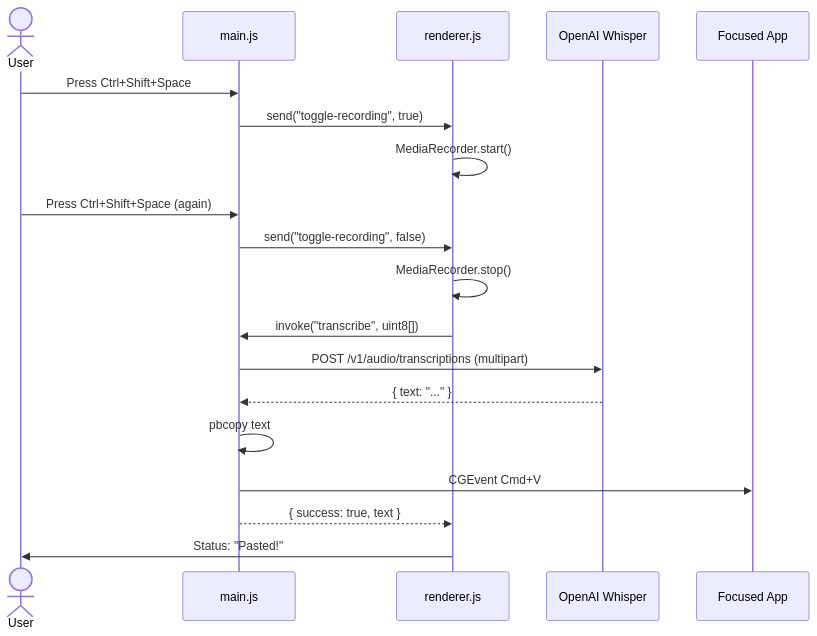
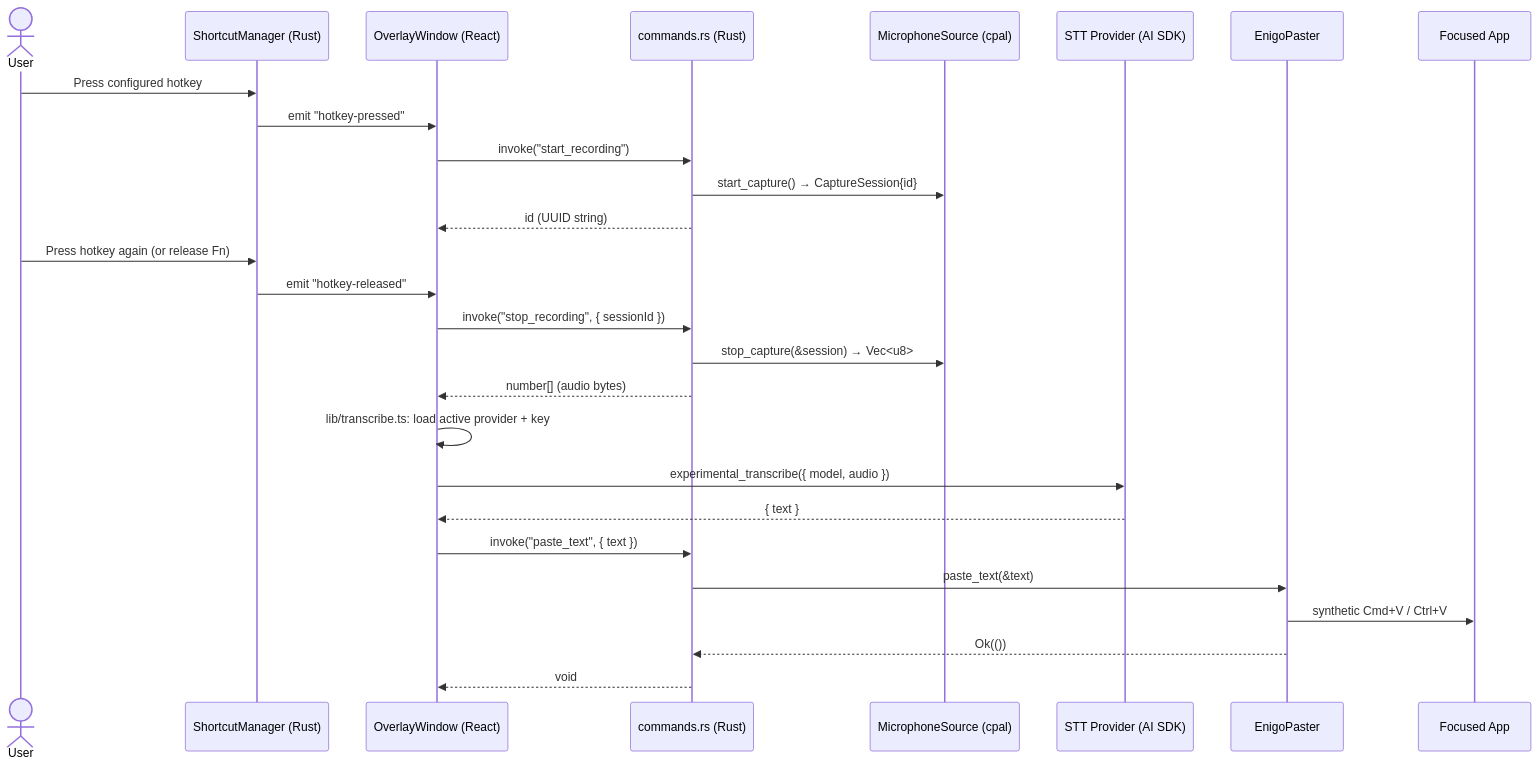
One commit to programow/ada changed the diagram in docs/architecture.md. Above: the diagram before and after it, drawn with Mermaid. The commit also changed other lines of this file and 6 other files, not shown here.

First line of the commit message:
docs(desktop): add architecture, permissions, secrets, providers, testing docs

````diff
--- a/docs/architecture.md
+++ b/docs/architecture.md
@@ -55,22 +82,30 @@
 ```mermaid
 sequenceDiagram
     actor User
-    participant Main as main.js
-    participant Render as renderer.js
-    participant Whisper as OpenAI Whisper
+    participant Shortcut as ShortcutManager (Rust)
+    participant Overlay as OverlayWindow (React)
+    participant Cmd as commands.rs (Rust)
+    participant Audio as MicrophoneSource (cpal)
+    participant Provider as STT Provider (AI SDK)
+    participant Paster as EnigoPaster
     participant Focused as Focused App
 
-    User->>Main: Press Ctrl+Shift+Space
-    Main->>Render: send("toggle-recording", true)
-    Render->>Render: MediaRecorder.start()
-    User->>Main: Press Ctrl+Shift+Space (again)
-    Main->>Render: send("toggle-recording", false)
-    Render->>Render: MediaRecorder.stop()
-    Render->>Main: invoke("transcribe", uint8[])
-    Main->>Whisper: POST /v1/audio/transcriptions (multipart)
-    Whisper-->>Main: { text: "..." }
-    Main->>Main: pbcopy text
-    Main->>Focused: CGEvent Cmd+V
-    Main-->>Render: { success: true, text }
-    Render->>User: Status: "Pasted!"
+    User->>Shortcut: Press configured hotkey
+    Shortcut->>Overlay: emit "hotkey-pressed"
+    Overlay->>Cmd: invoke("start_recording")
+    Cmd->>Audio: start_capture() → CaptureSession{id}
+    Cmd-->>Overlay: id (UUID string)
+    User->>Shortcut: Press hotkey again (or release Fn)
+    Shortcut->>Overlay: emit "hotkey-released"
+    Overlay->>Cmd: invoke("stop_recording", { sessionId })
+    Cmd->>Audio: stop_capture(&session) → Vec<u8>
+    Cmd-->>Overlay: number[] (audio bytes)
+    Overlay->>Overlay: lib/transcribe.ts: load active provider + key
+    Overlay->>Provider: experimental_transcribe({ model, audio })
+    Provider-->>Overlay: { text }
+    Overlay->>Cmd: invoke("paste_text", { text })
+    Cmd->>Paster: paste_text(&text)
+    Paster->>Focused: synthetic Cmd+V / Ctrl+V
+    Paster-->>Cmd: Ok(())
+    Cmd-->>Overlay: void
 ```
````
